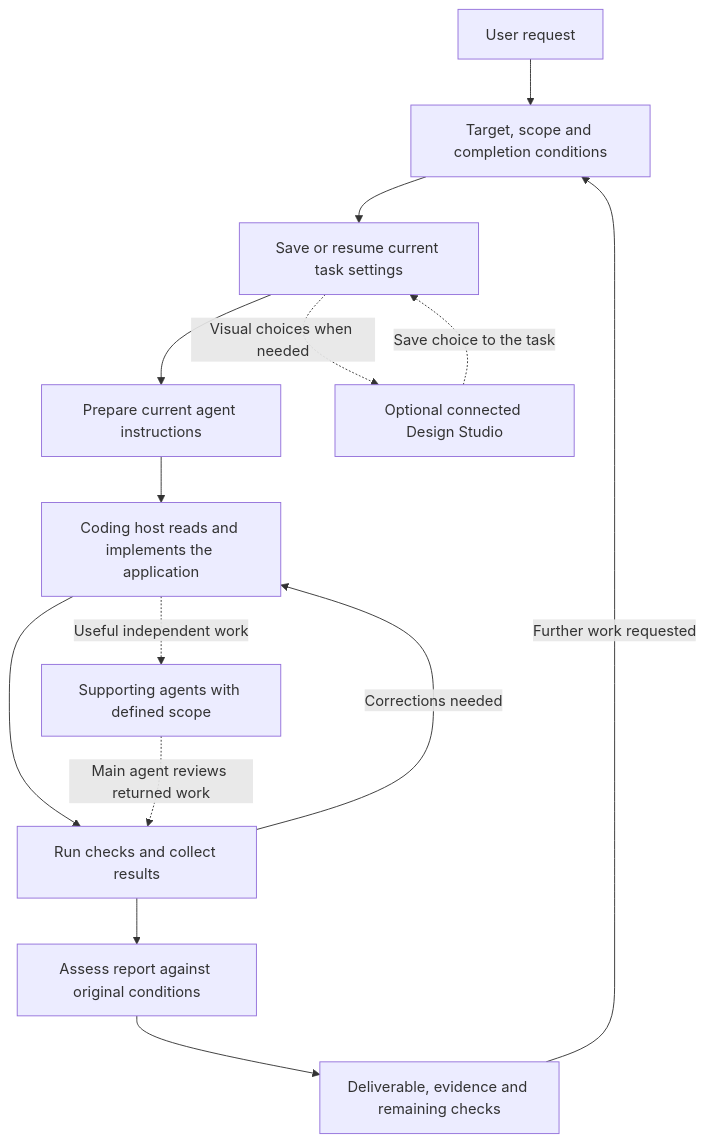
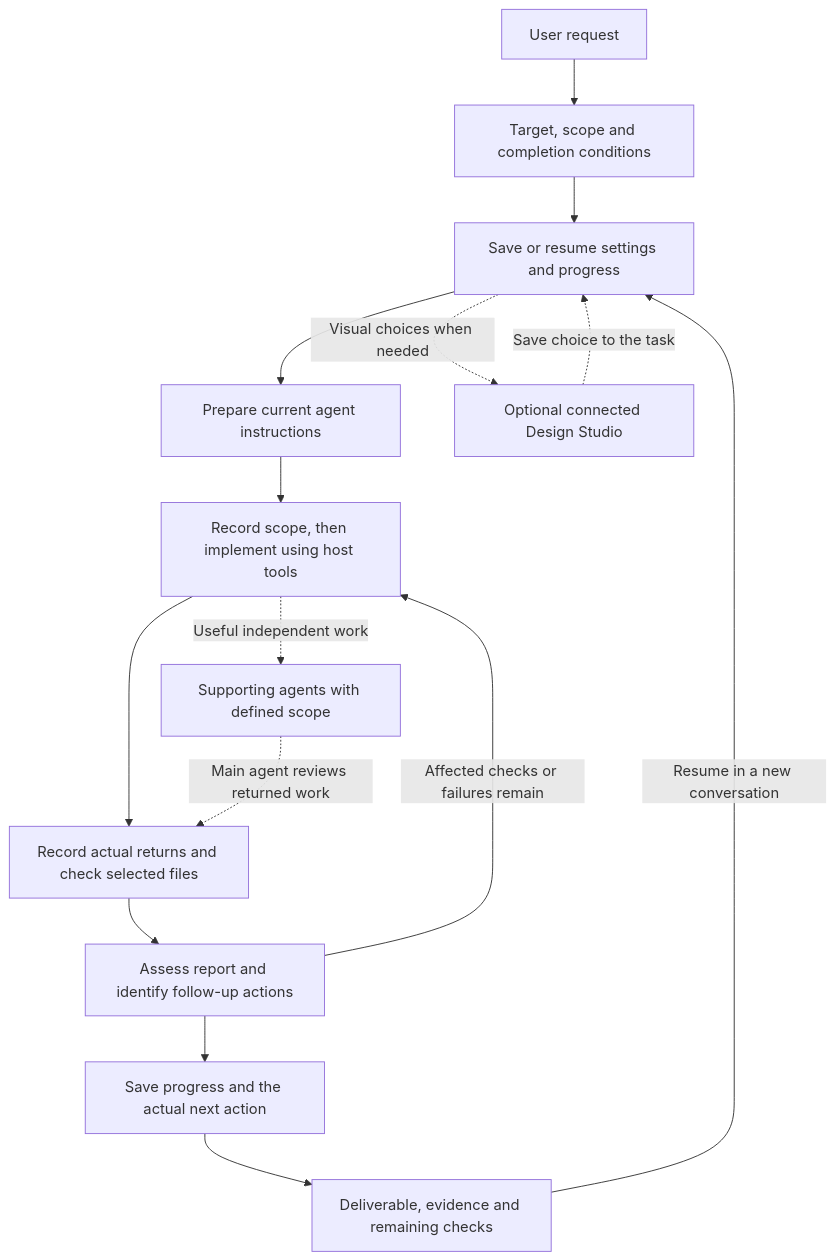
The diagram in README.md (zmsqnfl-commits/quintpact-vas), drawn with Mermaid before and after one commit. The commit also changed other lines of this file and 88 other files, not shown here.

Commit message:
Release VAS 2.10.0: connect agent progress, work evidence and follow-up

````diff
--- a/README.md
+++ b/README.md
@@ -24,16 +24,17 @@
 ```mermaid
 flowchart TD
   A[User request] --> B[Target, scope and completion conditions]
-  B --> C[Save or resume current task settings]
+  B --> C[Save or resume settings and progress]
   C --> D[Prepare current agent instructions]
-  D --> E[Coding host reads and implements the application]
-  E --> F[Run checks and collect results]
-  F -->|Corrections needed| E
-  F --> G[Assess report against original conditions]
-  G --> H[Deliverable, evidence and remaining checks]
-  H -->|Further work requested| B
+  D --> E[Record scope, then implement using host tools]
+  E --> F[Record actual returns and check selected files]
+  F --> G[Assess report and identify follow-up actions]
+  G -->|Affected checks or failures remain| E
+  G --> H[Save progress and the actual next action]
+  H --> I[Deliverable, evidence and remaining checks]
+  I -->|Resume in a new conversation| C
   E -. Useful independent work .-> R[Supporting agents with defined scope]
   R -. Main agent reviews returned work .-> F
   C -. Visual choices when needed .-> V[Optional connected Design Studio]
   V -. Save choice to the task .-> C
 ```
````
